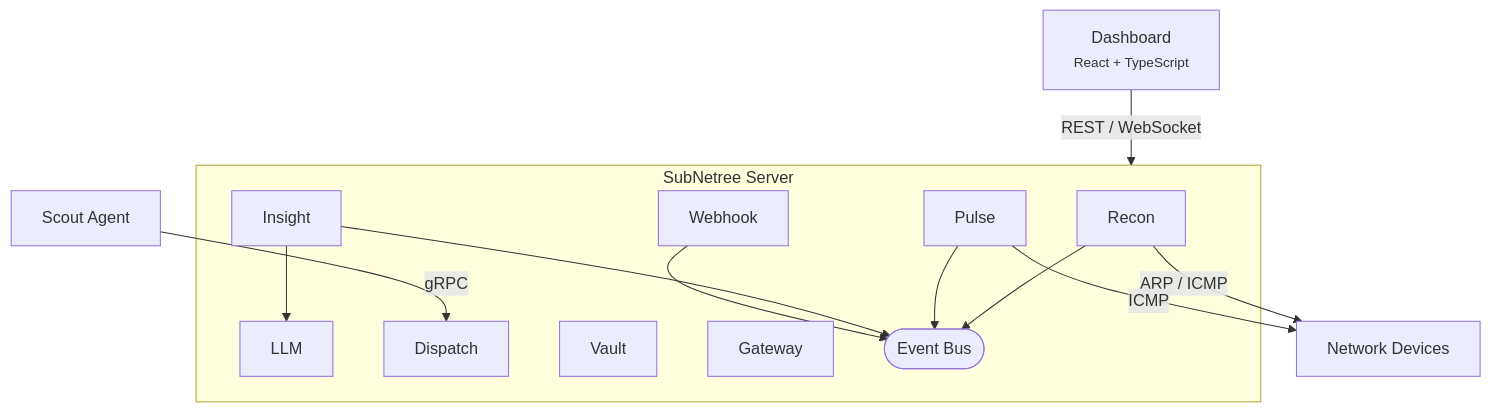
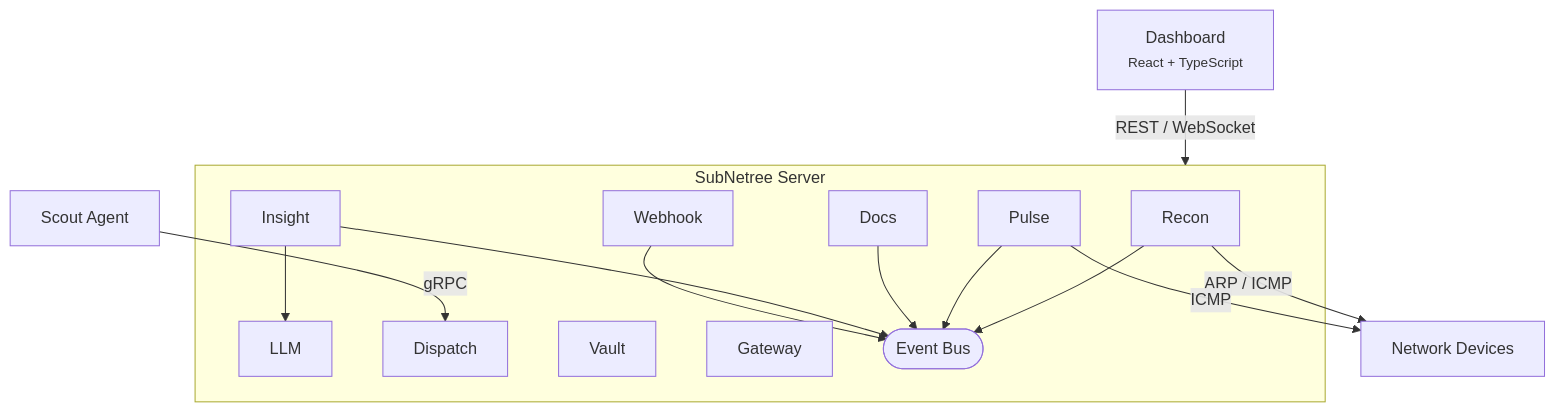
One commit to HerbHall/subnetree changed the diagram in README.md. Above: the diagram before and after it, drawn with Mermaid. The commit also changed other lines of this file, not shown here.

````diff
--- a/README.md
+++ b/README.md
@@ -138,29 +147,31 @@
 ```mermaid
 graph TD
     Dashboard["Dashboard<br/><small>React + TypeScript</small>"]
     Scout["Scout Agent"]
     Devices["Network Devices"]
 
     subgraph Server["SubNetree Server"]
         Recon["Recon"]
         Pulse["Pulse"]
+        Docs["Docs"]
         Insight["Insight"]
         LLM["LLM"]
         Dispatch["Dispatch"]
         Vault["Vault"]
         Gateway["Gateway"]
         Webhook["Webhook"]
         EventBus(["Event Bus"])
 
         Recon --> EventBus
         Pulse --> EventBus
+        Docs --> EventBus
         Insight --> EventBus
         Webhook --> EventBus
     end
 
     Dashboard -- "REST / WebSocket" --> Server
     Scout -- "gRPC" --> Dispatch
     Recon -- "ARP / ICMP" --> Devices
     Pulse -- "ICMP" --> Devices
     Insight --> LLM
 ```
````
